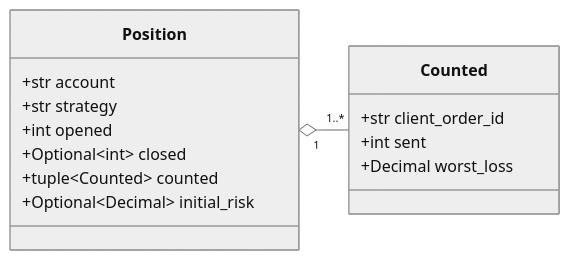
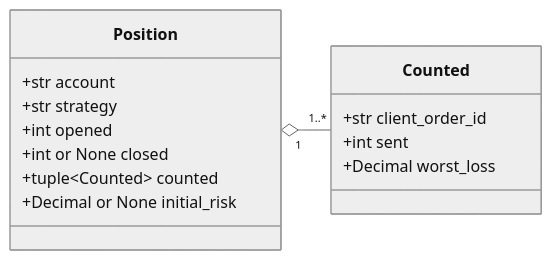
Before and after one commit to l3a0/ithildin-runtime: the tenth of 12 diagrams in docs/architecture/05-building-blocks.md, drawn with Mermaid (neutral theme). The commit also changed other lines of this file and 3 other files, not shown here.

Commit message:
fix(journal): pin every order state in the initial-risk test, and test a held journal with nothing open, from round 2 of PR #231's review

````diff
--- a/docs/architecture/05-building-blocks.md
+++ b/docs/architecture/05-building-blocks.md
@@ -1889,19 +1889,19 @@
 ```mermaid
 classDiagram
     direction LR
 
     class Position {
         +str account
         +str strategy
         +int opened
-        +Optional~int~ closed
+        +int or None closed
         +tuple~Counted~ counted
-        +Optional~Decimal~ initial_risk
+        +Decimal or None initial_risk
     }
     class Counted {
         +str client_order_id
         +int sent
         +Decimal worst_loss
     }
     Position "1" o-- "1..*" Counted
 ```
````
